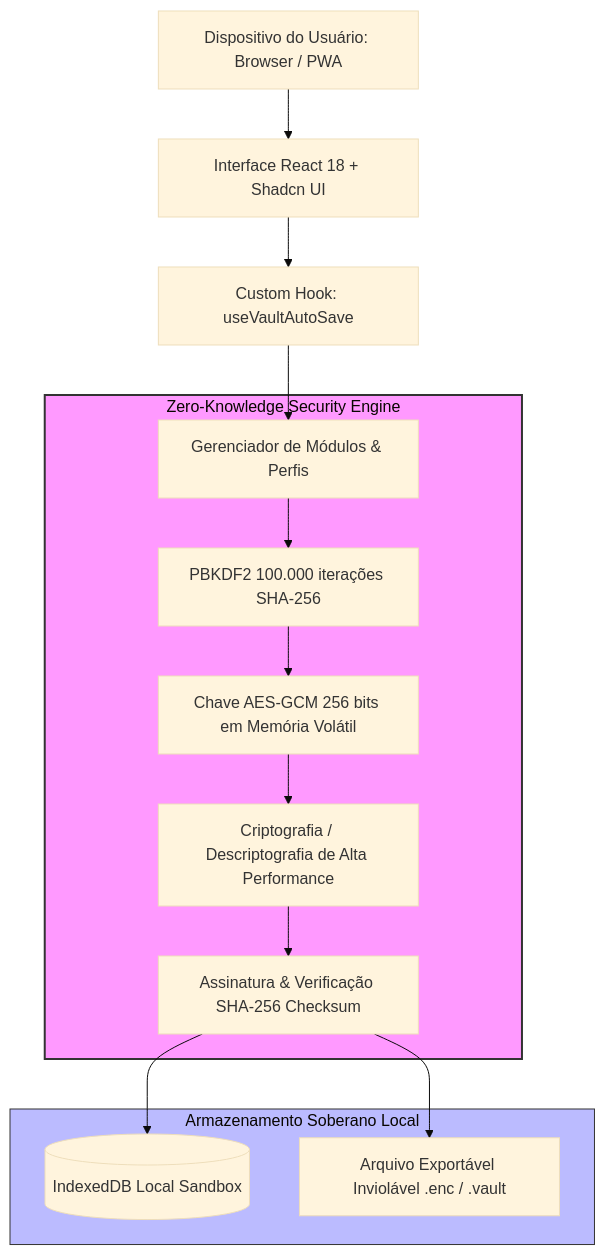
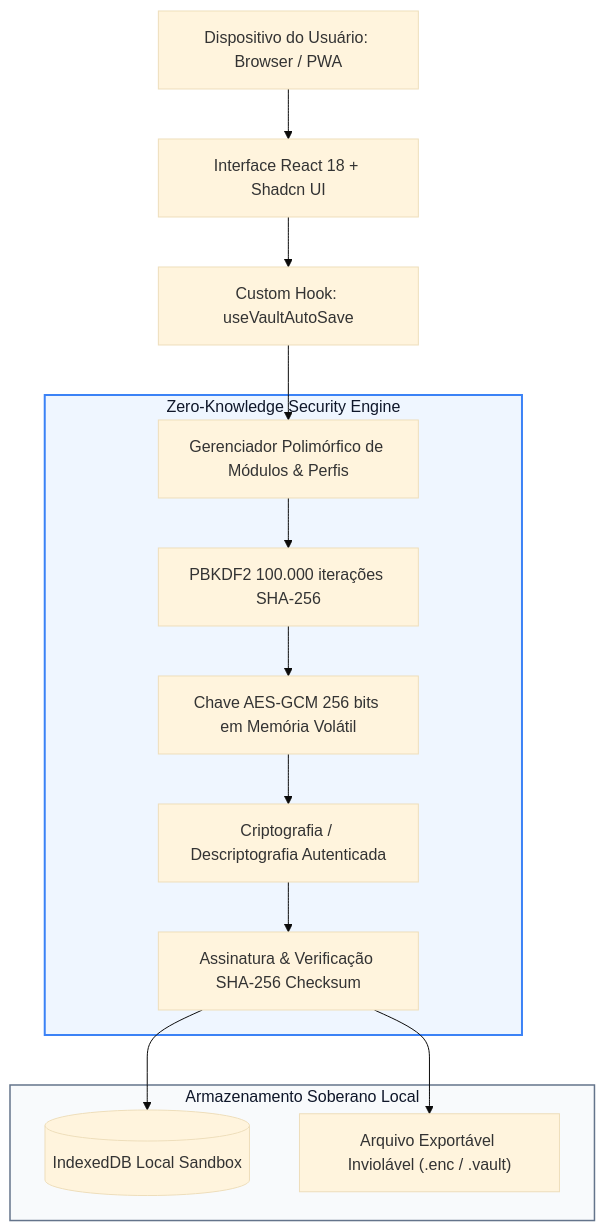
One commit to Adam-Moller/Safe-vault changed the diagram in README.md. Above: the diagram before and after it, drawn with Mermaid (base theme). The commit also changed other lines of this file and 9 other files, not shown here.

````diff
--- a/README.md
+++ b/README.md
@@ -34,21 +71,21 @@
 ```mermaid
 graph TD
-    Client[Dispositivo do Usuário: Browser / PWA] --> UI[Interface React 18 + Shadcn UI]
-    UI --> Hook[Custom Hook: useVaultAutoSave]
-    Hook --> CoreDomain[Gerenciador de Módulos & Perfis]
+    Client["Dispositivo do Usuário: Browser / PWA"] --> UI["Interface React 18 + Shadcn UI"]
+    UI --> Hook["Custom Hook: useVaultAutoSave"]
+    Hook --> CoreDomain["Gerenciador Polimórfico de Módulos & Perfis"]
     
-    subgraph ZeroKnowledgeEngine [Zero-Knowledge Security Engine]
-        CoreDomain --> KDF[PBKDF2 100.000 iterações SHA-256]
-        KDF --> Key[Chave AES-GCM 256 bits em Memória Volátil]
-        Key --> Cipher[Criptografia / Descriptografia de Alta Performance]
-        Cipher --> Integrity[Assinatura & Verificação SHA-256 Checksum]
+    subgraph ZeroKnowledgeEngine ["Zero-Knowledge Security Engine"]
+        CoreDomain --> KDF["PBKDF2 100.000 iterações SHA-256"]
+        KDF --> Key["Chave AES-GCM 256 bits em Memória Volátil"]
+        Key --> Cipher["Criptografia / Descriptografia Autenticada"]
+        Cipher --> Integrity["Assinatura & Verificação SHA-256 Checksum"]
     end
     
-    subgraph Storage [Armazenamento Soberano Local]
-        Integrity --> IDB[(IndexedDB Local Sandbox)]
-        Integrity --> VaultFile[Arquivo Exportável Inviolável .enc / .vault]
+    subgraph Storage ["Armazenamento Soberano Local"]
+        Integrity --> IDB[("IndexedDB Local Sandbox")]
+        Integrity --> VaultFile["Arquivo Exportável Inviolável (.enc / .vault)"]
     end
     
-    style ZeroKnowledgeEngine fill:#f9f,stroke:#333,stroke-width:2px
-    style Storage fill:#bbf,stroke:#333,stroke-width:1px
+    style ZeroKnowledgeEngine fill:#eff6ff,stroke:#3b82f6,stroke-width:2px,color:#0f172a
+    style Storage fill:#f8fafc,stroke:#64748b,stroke-width:1.5px,color:#0f172a
 ```
````
